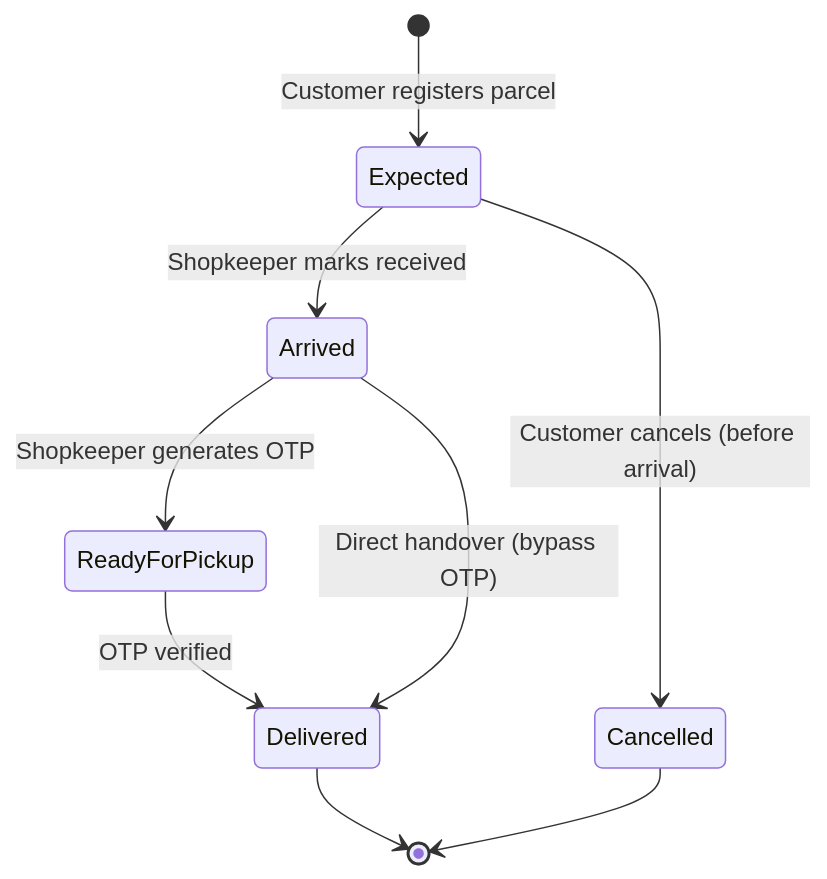
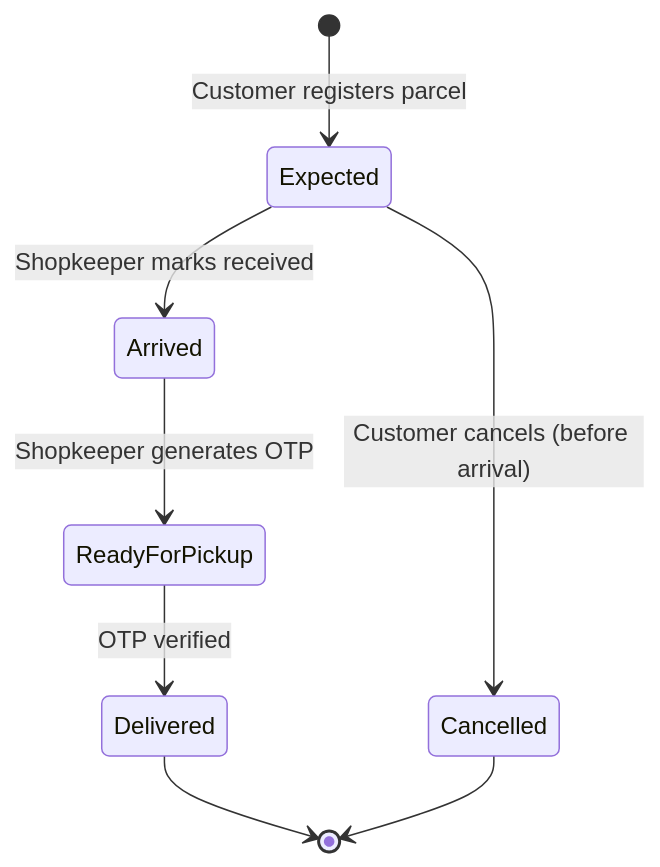
The third of 5 diagrams in README.md (Aryns293/GramPickup), drawn with Mermaid before and after one commit. The commit also changed other lines of this file and 29 other files, not shown here.

Commit message:
Remove OTP bypass and unused frontend files

````diff
--- a/README.md
+++ b/README.md
@@ -51,11 +51,10 @@
 ```mermaid
 stateDiagram-v2
     [*] --> Expected : Customer registers parcel
     Expected --> Arrived : Shopkeeper marks received
     Expected --> Cancelled : Customer cancels (before arrival)
     Arrived --> ReadyForPickup : Shopkeeper generates OTP
     ReadyForPickup --> Delivered : OTP verified
-    Arrived --> Delivered : Direct handover (bypass OTP)
     Delivered --> [*]
     Cancelled --> [*]
 ```
````
